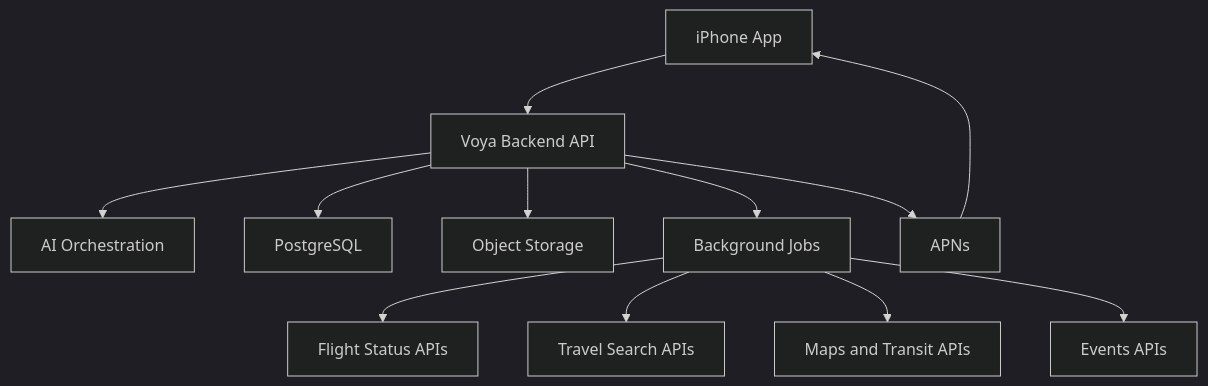
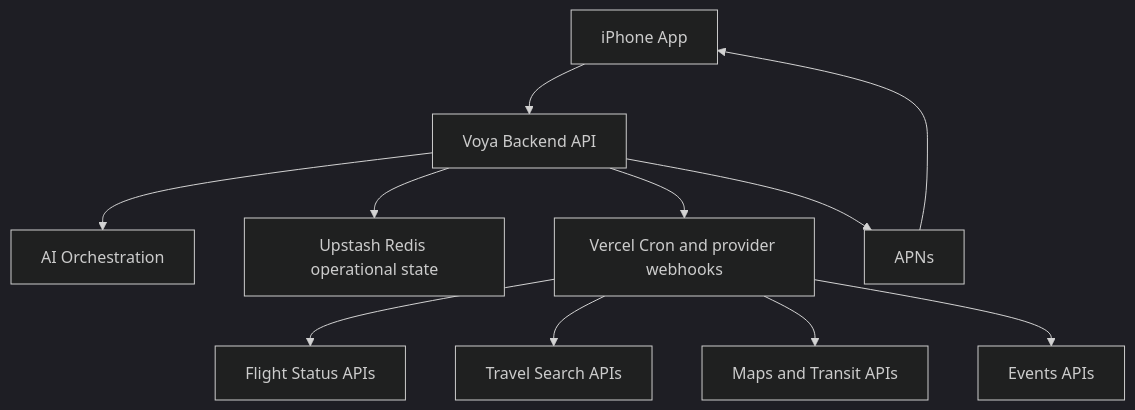
Before and after one commit to aglamov/Voya: the diagram in docs/architecture.md, drawn with Mermaid (dark theme). The commit also changed other lines of this file and 35 other files, not shown here.

````diff
--- a/docs/architecture.md
+++ b/docs/architecture.md
@@ -11,14 +11,13 @@
 ```mermaid
 flowchart TD
     iOS["iPhone App"] --> API["Voya Backend API"]
     API --> AI["AI Orchestration"]
-    API --> DB["PostgreSQL"]
-    API --> Files["Object Storage"]
-    API --> Jobs["Background Jobs"]
+    API --> DB["Upstash Redis operational state"]
+    API --> Jobs["Vercel Cron and provider webhooks"]
     Jobs --> Flight["Flight Status APIs"]
     Jobs --> Search["Travel Search APIs"]
     Jobs --> Maps["Maps and Transit APIs"]
     Jobs --> Events["Events APIs"]
     API --> Push["APNs"]
     Push --> iOS
 ```
````
